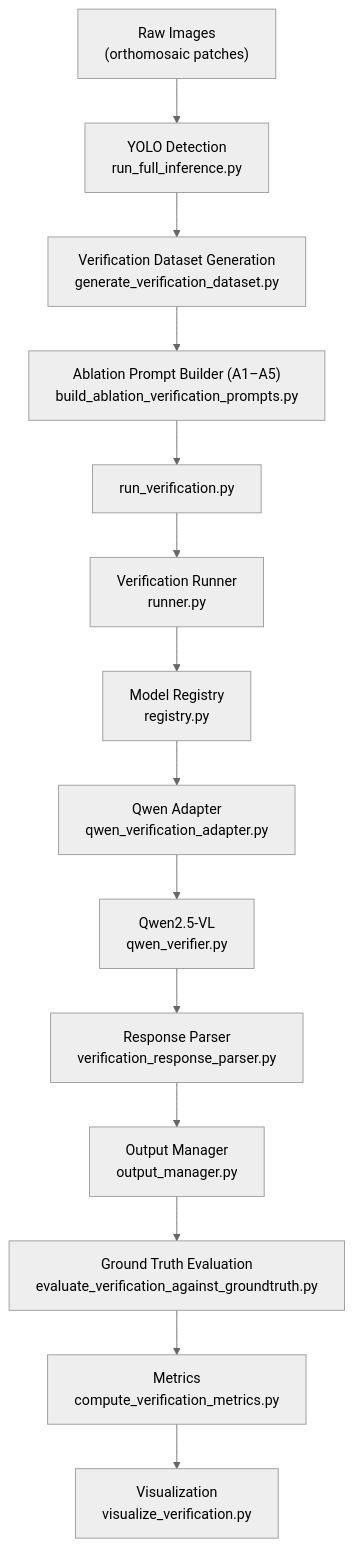
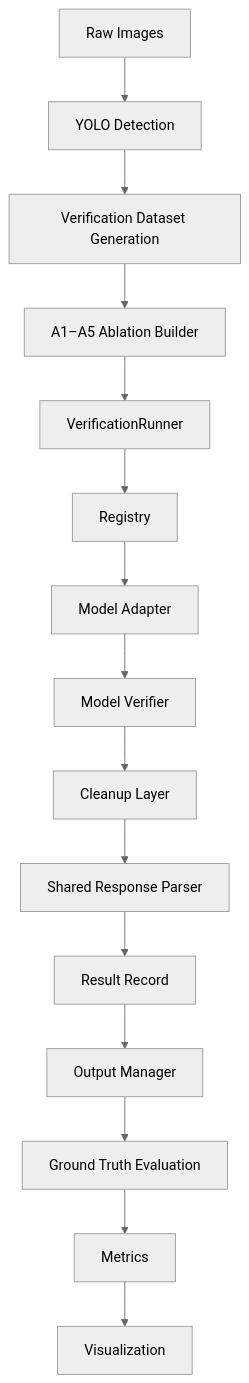
The diagram in README.md (AnnieZX/wild-palm-lvm-verification), drawn with Mermaid (neutral theme) before and after one commit. The commit also changed other lines of this file and 37 other files, not shown here.

Commit message:
refactor: freeze verification framework for multi-model VLM support

````diff
--- a/README.md
+++ b/README.md
@@ -35,31 +36,22 @@
 ```mermaid
 flowchart TB
-    RAW["Raw Images<br/>(orthomosaic patches)"]
-    YOLO["YOLO Detection<br/>run_full_inference.py"]
-    DS["Verification Dataset Generation<br/>generate_verification_dataset.py"]
-    ABL["Ablation Prompt Builder (A1–A5)<br/>build_ablation_verification_prompts.py"]
-    CLI["run_verification.py"]
-    RUN["Verification Runner<br/>runner.py"]
-    REG["Model Registry<br/>registry.py"]
-    ADP["Qwen Adapter<br/>qwen_verification_adapter.py"]
-    VLM["Qwen2.5-VL<br/>qwen_verifier.py"]
-    PAR["Response Parser<br/>verification_response_parser.py"]
-    OUT["Output Manager<br/>output_manager.py"]
-    EVAL["Ground Truth Evaluation<br/>evaluate_verification_against_groundtruth.py"]
-    MET["Metrics<br/>compute_verification_metrics.py"]
-    VIZ["Visualization<br/>visualize_verification.py"]
+    RAW["Raw Images"]
+    YOLO["YOLO Detection"]
+    DS["Verification Dataset Generation"]
+    ABL["A1–A5 Ablation Builder"]
+    RUN["VerificationRunner"]
+    REG["Registry"]
+    ADP["Model Adapter"]
+    VER["Model Verifier"]
+    CLN["Cleanup Layer"]
+    PAR["Shared Response Parser"]
+    REC["Result Record"]
+    OUT["Output Manager"]
+    EVAL["Ground Truth Evaluation"]
+    MET["Metrics"]
+    VIZ["Visualization"]
 
-    RAW --> YOLO
-    YOLO --> DS
-    DS --> ABL
-    ABL --> CLI
-    CLI --> RUN
-    RUN --> REG
-    REG --> ADP
-    ADP --> VLM
-    VLM --> PAR
-    PAR --> OUT
-    OUT --> EVAL
-    EVAL --> MET
-    MET --> VIZ
+    RAW --> YOLO --> DS --> ABL --> RUN
+    RUN --> REG --> ADP --> VER --> CLN --> PAR --> REC --> OUT
+    OUT --> EVAL --> MET --> VIZ
 ```
````
